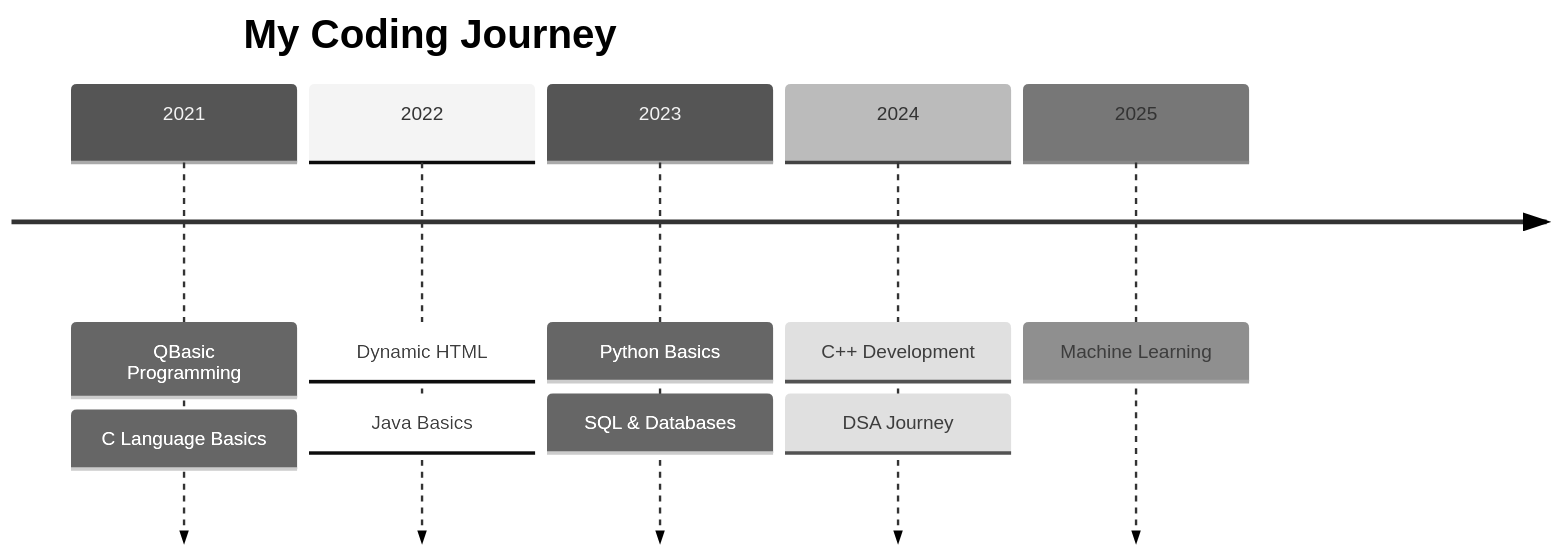
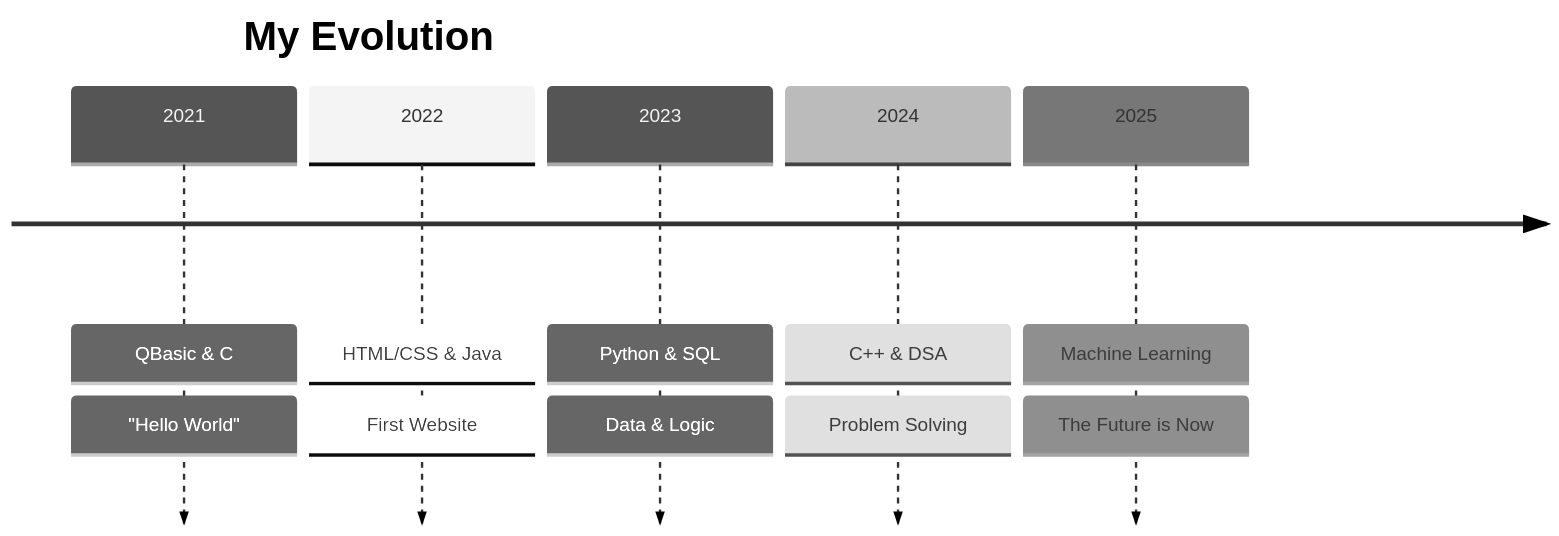
Before and after one commit to abhi-1408-shek/abhi-1408-shek: the diagram in README.md, drawn with Mermaid (neutral theme). The commit also changed other lines of this file and 2 other files, not shown here.

````diff
--- a/README.md
+++ b/README.md
@@ -13,13 +49,14 @@
 ```mermaid
 timeline
-    title My Coding Journey
-    2021 : QBasic Programming
-         : C Language Basics
-    2022 : Dynamic HTML
-         : Java Basics
-    2023 : Python Basics
-         : SQL & Databases
-    2024 : C++ Development
-         : DSA Journey
+    title My Evolution
+    2021 : QBasic & C
+         : "Hello World"
+    2022 : HTML/CSS & Java
+         : First Website
+    2023 : Python & SQL
+         : Data & Logic
+    2024 : C++ & DSA
+         : Problem Solving
     2025 : Machine Learning
+         : The Future is Now
 ```
````
